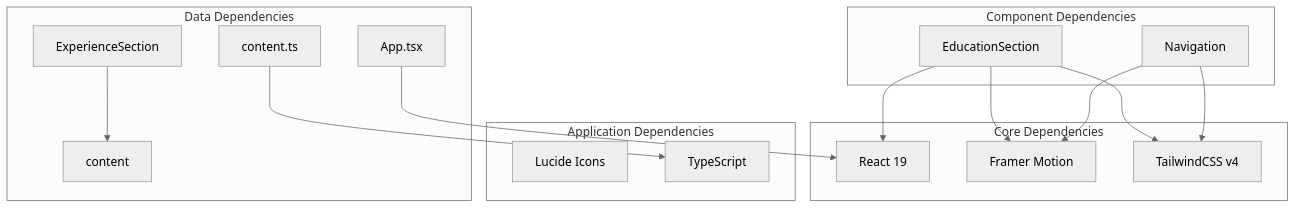
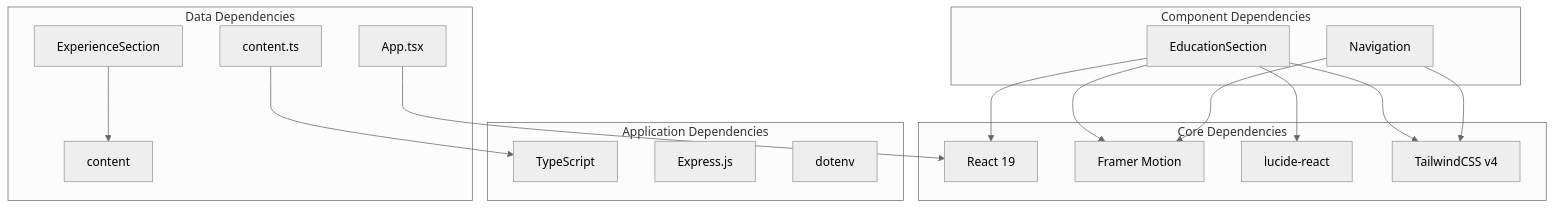
Before and after one commit to subash7781/Portfolio: the ninth of 10 diagrams in .qoder/repowiki/en/content/Component Library & UI Elements/EducationSection Component.md, drawn with Mermaid (neutral theme). The commit also changed other lines of this file and 3 other files, not shown here.

````diff
--- a/.qoder/repowiki/en/content/Component Library & UI Elements/EducationSection Component.md
+++ b/.qoder/repowiki/en/content/Component Library & UI Elements/EducationSection Component.md
@@ -353,24 +456,27 @@
 ```mermaid
 graph TB
 subgraph "Core Dependencies"
 React[React 19]
 Motion[Framer Motion]
+LucideIcons[lucide-react]
 Tailwind[TailwindCSS v4]
 end
 subgraph "Application Dependencies"
-LucideIcons[Lucide Icons]
 TypeScript[TypeScript]
+Express[Express.js]
+Dotenv[dotenv]
 end
 subgraph "Component Dependencies"
 EducationSection --> Motion
+EducationSection --> LucideIcons
 EducationSection --> Tailwind
 EducationSection --> React
 Navigation --> Motion
 Navigation --> Tailwind
 end
 subgraph "Data Dependencies"
 content.ts --> TypeScript
 App.tsx --> React
 ExperienceSection --> content
 end
 ```
````
